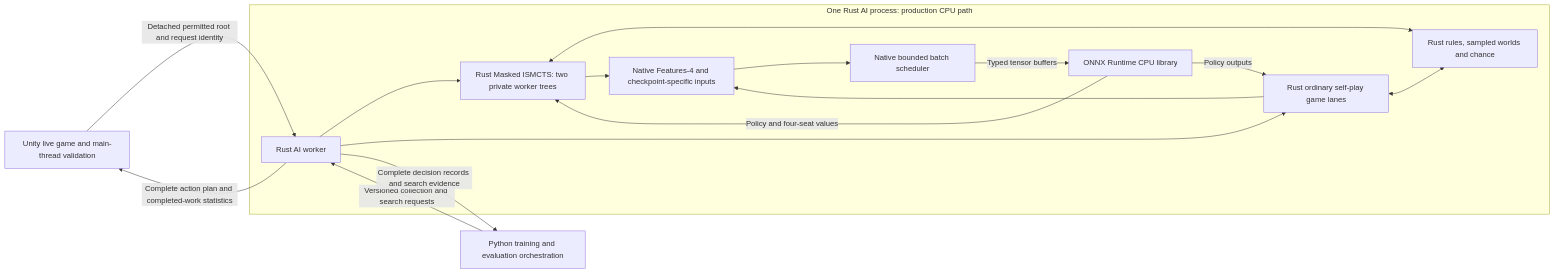
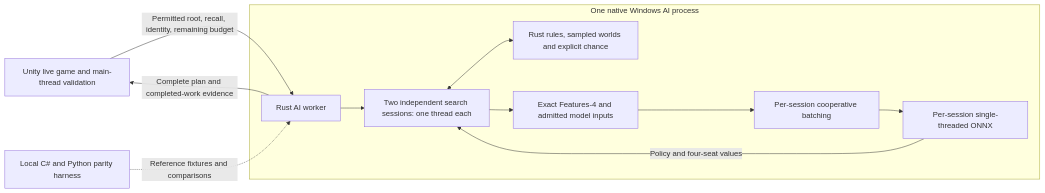
Before and after one commit to riverside234/brass-ai: the first of 2 diagrams in ai-research/RUST_AI_BACKEND_MIGRATION_PLAN.md, drawn with Mermaid. The commit also changed other lines of this file and 34 other files, not shown here.

````diff
--- a/ai-research/RUST_AI_BACKEND_MIGRATION_PLAN.md
+++ b/ai-research/RUST_AI_BACKEND_MIGRATION_PLAN.md
@@ -67,19 +55,14 @@
 ```mermaid
 flowchart LR
-    U[Unity live game and main-thread validation] -->|Detached permitted root and request identity| W[Rust AI worker]
-    P[Python training and evaluation orchestration] -->|Versioned collection and search requests| W
-    subgraph R[One Rust AI process: production CPU path]
-        W --> S[Rust Masked ISMCTS: two private worker trees]
-        S <--> G[Rust rules, sampled worlds and chance]
-        W --> C[Rust ordinary self-play game lanes]
-        C <--> G
-        S --> E[Native Features-4 and checkpoint-specific inputs]
-        C --> E
-        E --> Q[Native bounded batch scheduler]
-        Q -->|Typed tensor buffers| N[ONNX Runtime CPU library]
+    U[Unity live game and main-thread validation] -->|Permitted root, recall, identity, remaining budget| W[Rust AI worker]
+    subgraph R[One native Windows AI process]
+        W --> S[Two independent search sessions: one thread each]
+        S <--> G[Rust rules, sampled worlds and explicit chance]
+        S --> E[Exact Features-4 and admitted model inputs]
+        E --> Q[Per-session cooperative batching]
+        Q --> N[Per-session single-threaded ONNX]
         N -->|Policy and four-seat values| S
-        N -->|Policy outputs| C
     end
-    W -->|Complete action plan and completed-work statistics| U
-    W -->|Complete decision records and search evidence| P
+    W -->|Complete plan and completed-work evidence| U
+    H[Local C# and Python parity harness] -.->|Reference fixtures and comparisons| W
 ```
````
